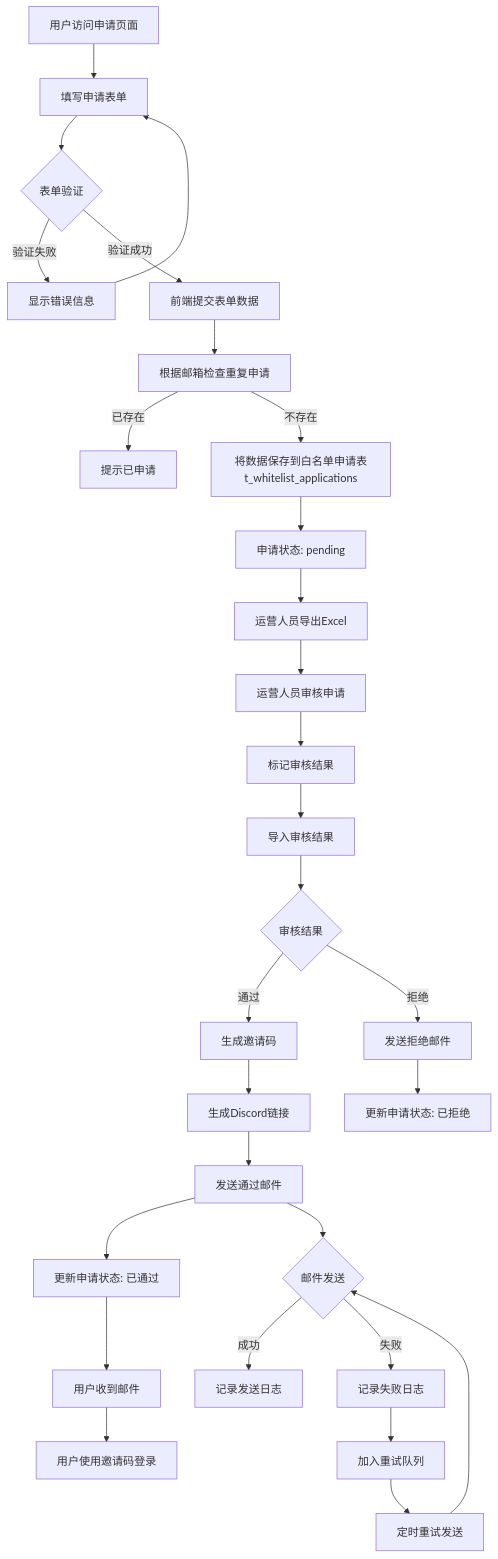
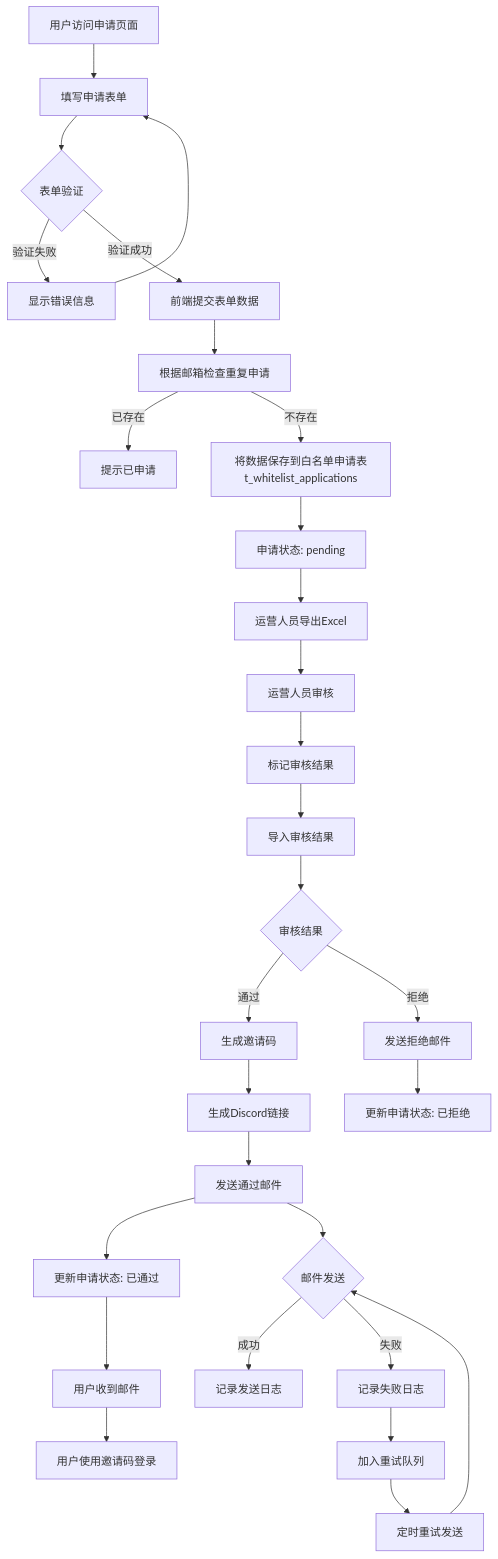
One commit to yingjianzh/iodraw-files changed the diagram in all/未命名-69.md. Above: the diagram before and after it, drawn with Mermaid.

Commit message:
2025-07-03 10:23:56 update

````diff
--- a/all/未命名-69.md
+++ b/all/未命名-69.md
@@ -1,36 +1,36 @@
 ```mermaid
 flowchart TD
     A[用户访问申请页面] --> B[填写申请表单]
     B --> C{表单验证}
     C -->|验证失败| D[显示错误信息]
     D --> B
     C -->|验证成功| E[前端提交表单数据]
     E -->E1[根据邮箱检查重复申请]
     E1 -->|已存在| F[提示已申请]
     E1 -->|不存在| G[将数据保存到白名单申请表t_whitelist_applications]
     G --> H[申请状态: pending]
     
     H --> I[运营人员导出Excel]
-    I --> J[运营人员审核申请]
+    I --> J[运营人员审核]
     J --> K[标记审核结果]
     K --> L[导入审核结果]
     L --> M{审核结果}
     
     M -->|通过| N[生成邀请码]
     N --> O[生成Discord链接]
     O --> P[发送通过邮件]
     P --> Q[更新申请状态: 已通过]
     
     M -->|拒绝| R[发送拒绝邮件]
     R --> S[更新申请状态: 已拒绝]
     
     P --> T{邮件发送}
     T -->|成功| U[记录发送日志]
     T -->|失败| V[记录失败日志]
     V --> W[加入重试队列]
     W --> X[定时重试发送]
     X --> T
     
     Q --> Y[用户收到邮件]
     Y --> Z[用户使用邀请码登录]
 ```
````
